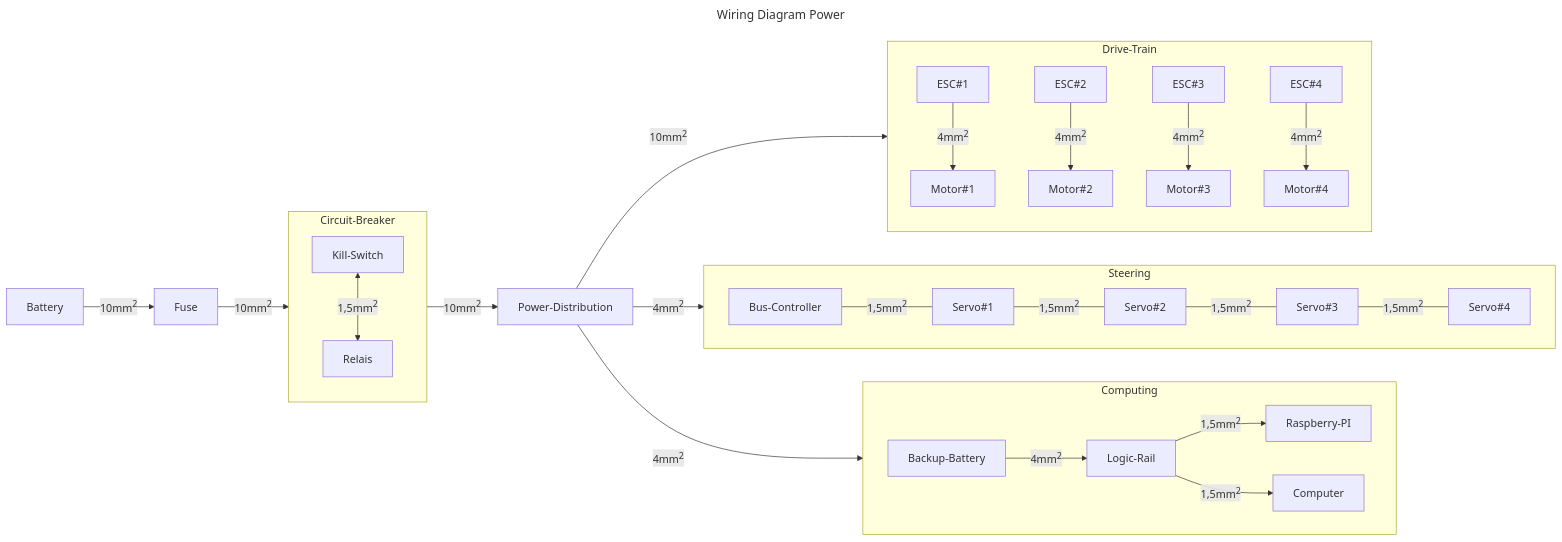
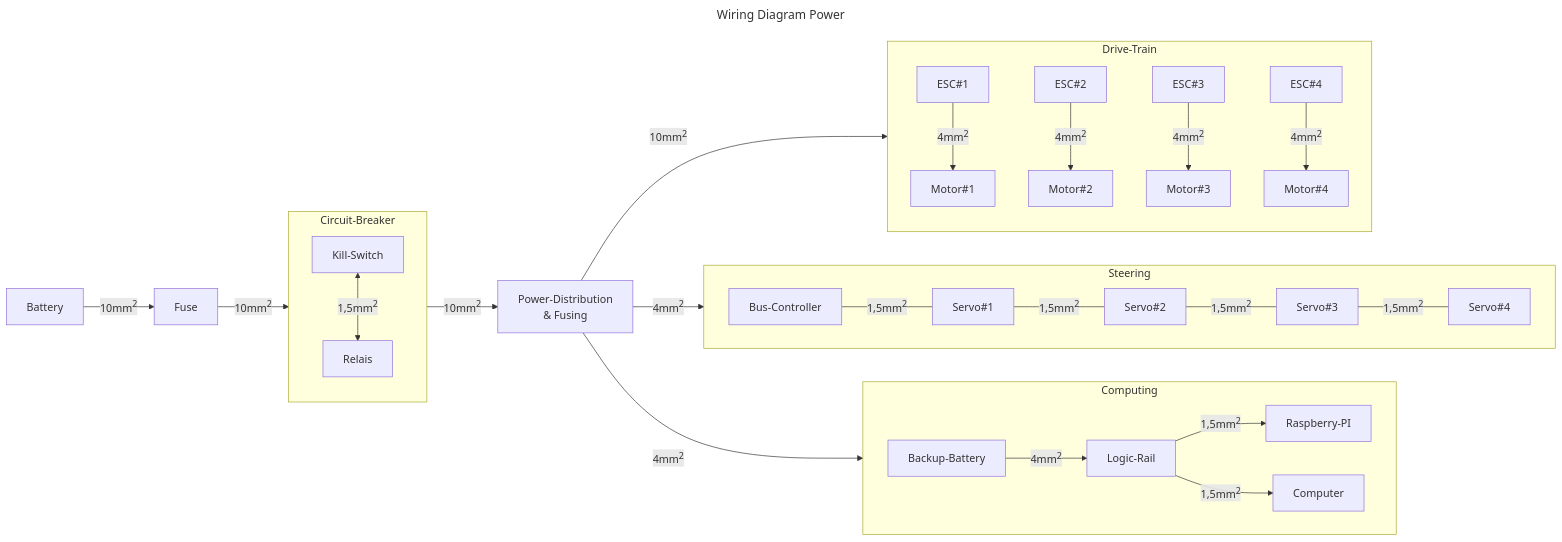
One commit to RWU-R2M/PE changed the diagram in hardware/wiring-diagram-p.mmd. Above: the diagram before and after it, drawn with Mermaid.

Commit message:
added fusing in graph

```diff
--- a/hardware/wiring-diagram-p.mmd
+++ b/hardware/wiring-diagram-p.mmd
@@ -1,38 +1,38 @@
 ---
 title: Wiring Diagram Power
 ---
 
 graph LR
 
 subgraph Circuit-Breaker
     direction TB
     Kill-Switch <--> |1,5mm<sup>2| Relais
 end
 
 
 subgraph Drive-Train
     direction TB
     ESC#1 --> |4mm<sup>2| Motor#1
     ESC#2 --> |4mm<sup>2| Motor#2
     ESC#3 --> |4mm<sup>2| Motor#3
     ESC#4 --> |4mm<sup>2| Motor#4
 end
 
 subgraph Steering
     direction LR
     Bus-Controller 
     --- |1,5mm<sup>2| Servo#1 
     --- |1,5mm<sup>2| Servo#2 
     --- |1,5mm<sup>2| Servo#3 
     --- |1,5mm<sup>2| Servo#4
 end
 
 subgraph Computing
     direction LR
     Backup-Battery --> |4mm<sup>2| Logic-Rail --> |1,5mm<sup>2| Raspberry-PI & Computer
 end
 
-Battery --> |10mm<sup>2| Fuse --> |10mm<sup>2|Circuit-Breaker --> |10mm<sup>2| Power-Distribution 
+Battery --> |10mm<sup>2| Fuse --> |10mm<sup>2|Circuit-Breaker --> |10mm<sup>2| Power-Distribution[Power-Distribution \n & Fusing]
 Power-Distribution --> |10mm<sup>2| Drive-Train
 Power-Distribution --> |4mm<sup>2| Steering
 Power-Distribution --> |4mm<sup>2| Computing
```
